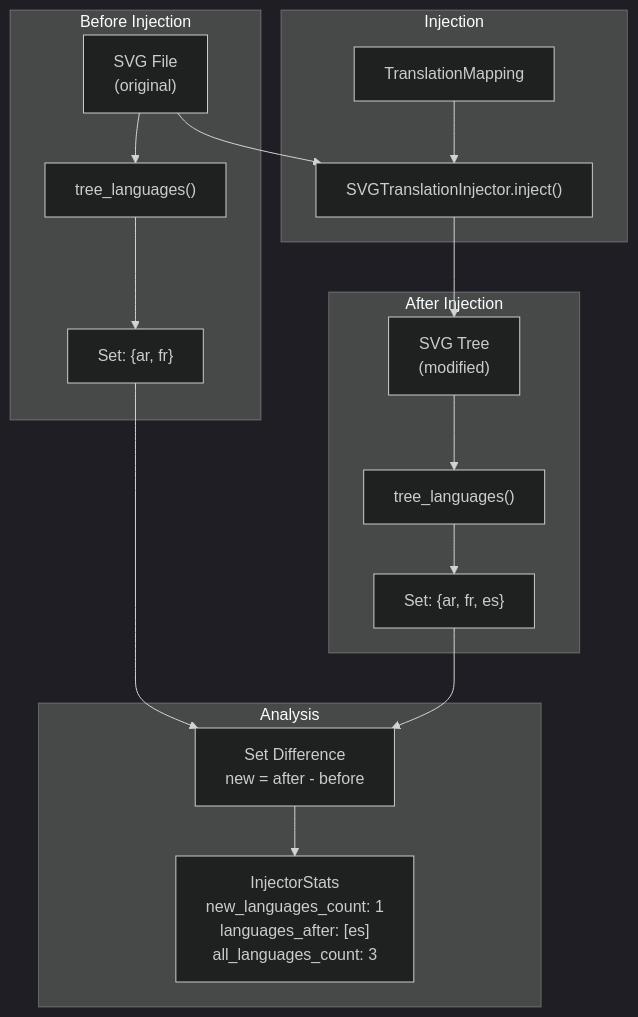
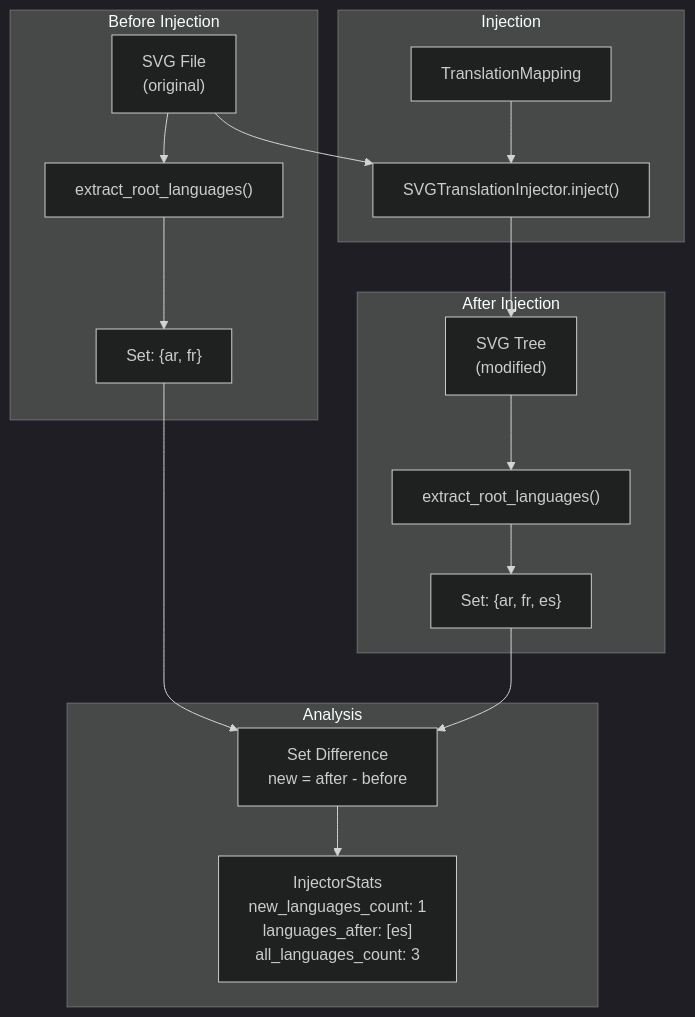
Before and after one commit to MrIbrahem/CopySVGTranslation: the first of 4 diagrams in docs/deepwiki/3.3-language-tracking.md, drawn with Mermaid (dark theme). The commit also changed other lines of this file and 18 other files, not shown here.

````diff
--- a/docs/deepwiki/3.3-language-tracking.md
+++ b/docs/deepwiki/3.3-language-tracking.md
@@ -28,47 +29,47 @@
 ```mermaid
 flowchart TD
 
 SVG_BEFORE["SVG File<br>(original)"]
-SCAN_BEFORE["tree_languages()"]
+SCAN_BEFORE["extract_root_languages()"]
 LANGS_BEFORE["Set: {ar, fr}"]
 INJECT["SVGTranslationInjector.inject()"]
 MAPPINGS["TranslationMapping"]
 SVG_AFTER["SVG Tree<br>(modified)"]
-SCAN_AFTER["tree_languages()"]
+SCAN_AFTER["extract_root_languages()"]
 LANGS_AFTER["Set: {ar, fr, es}"]
 DIFF["Set Difference<br>new = after - before"]
 STATS["InjectorStats<br>new_languages_count: 1<br>languages_after: [es]<br>all_languages_count: 3"]
 
 SVG_BEFORE --> INJECT
 INJECT --> SVG_AFTER
 LANGS_BEFORE --> DIFF
 LANGS_AFTER --> DIFF
 
 subgraph Analysis ["Analysis"]
     DIFF
     STATS
     DIFF --> STATS
 end
 
 subgraph subGraph2 ["After Injection"]
     SVG_AFTER
     SCAN_AFTER
     LANGS_AFTER
     SVG_AFTER --> SCAN_AFTER
     SCAN_AFTER --> LANGS_AFTER
 end
 
 subgraph Injection ["Injection"]
     INJECT
     MAPPINGS
     MAPPINGS --> INJECT
 end
 
 subgraph subGraph0 ["Before Injection"]
     SVG_BEFORE
     SCAN_BEFORE
     LANGS_BEFORE
     SVG_BEFORE --> SCAN_BEFORE
     SCAN_BEFORE --> LANGS_BEFORE
 end
 ```
````
